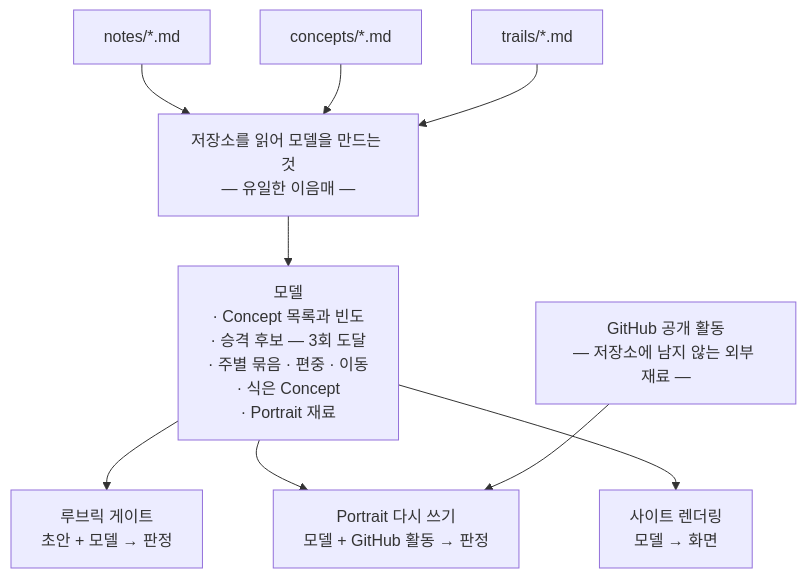
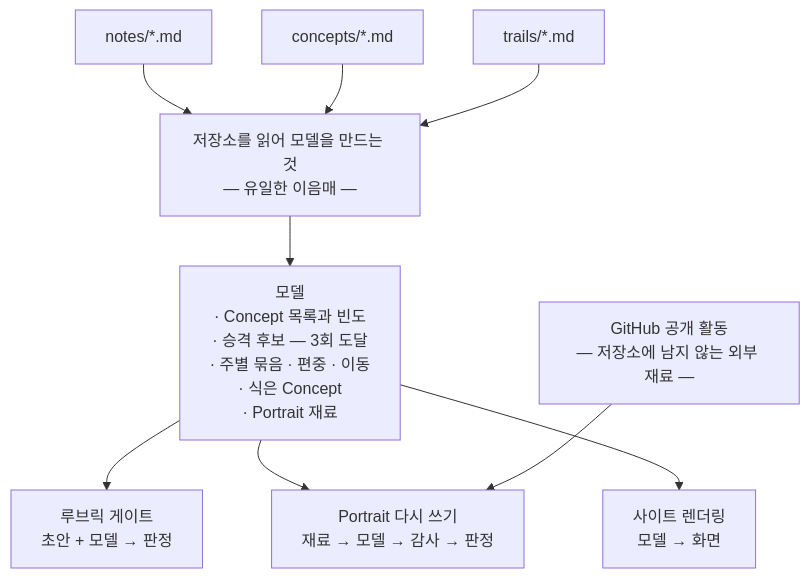
The diagram in README.md (FRONT-JB/interested), drawn with Mermaid before and after one commit. The commit also changed other lines of this file and 15 other files, not shown here.

````diff
--- a/README.md
+++ b/README.md
@@ -15,16 +15,16 @@
 ```mermaid
 flowchart TD
     N["notes/*.md"] --> R
     C["concepts/*.md"] --> R
     T["trails/*.md"] --> R
 
     R["저장소를 읽어 모델을 만드는 것<br/>— 유일한 이음매 —"] --> M
 
     M["모델<br/>· Concept 목록과 빈도<br/>· 승격 후보 — 3회 도달<br/>· 주별 묶음 · 편중 · 이동<br/>· 식은 Concept<br/>· Portrait 재료"]
 
     M --> G["루브릭 게이트<br/>초안 + 모델 → 판정"]
-    M --> P["Portrait 다시 쓰기<br/>모델 + GitHub 활동 → 판정"]
+    M --> P["Portrait 다시 쓰기<br/>재료 → 모델 → 감사 → 판정"]
     M --> S["사이트 렌더링<br/>모델 → 화면"]
 
     A["GitHub 공개 활동<br/>— 저장소에 남지 않는 외부 재료 —"] --> P
 ```
````
